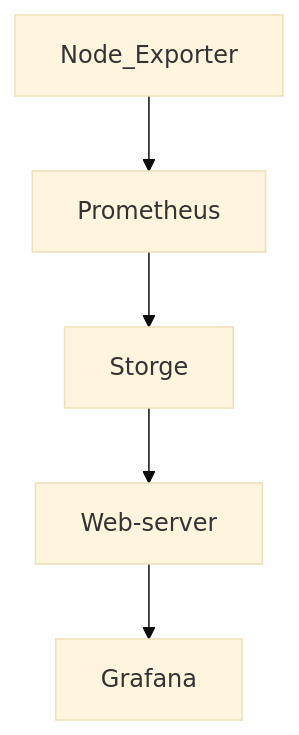
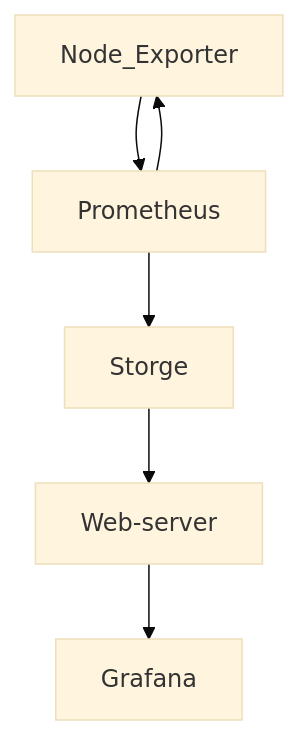
Before and after one commit to DBR-3/git: the second of 2 diagrams in README.md, drawn with Mermaid (base theme). The commit also changed other lines of this file and 2 other files, not shown here.

````diff
--- a/README.md
+++ b/README.md
@@ -12,7 +36,8 @@
 ```mermaid
 graph TD;
     Node_Exporter-->Prometheus;
+    Prometheus-->Node_Exporter;
     Prometheus-->Storge;
     Storge-->Web-server;
     Web-server-->Grafana;
 ```
````
